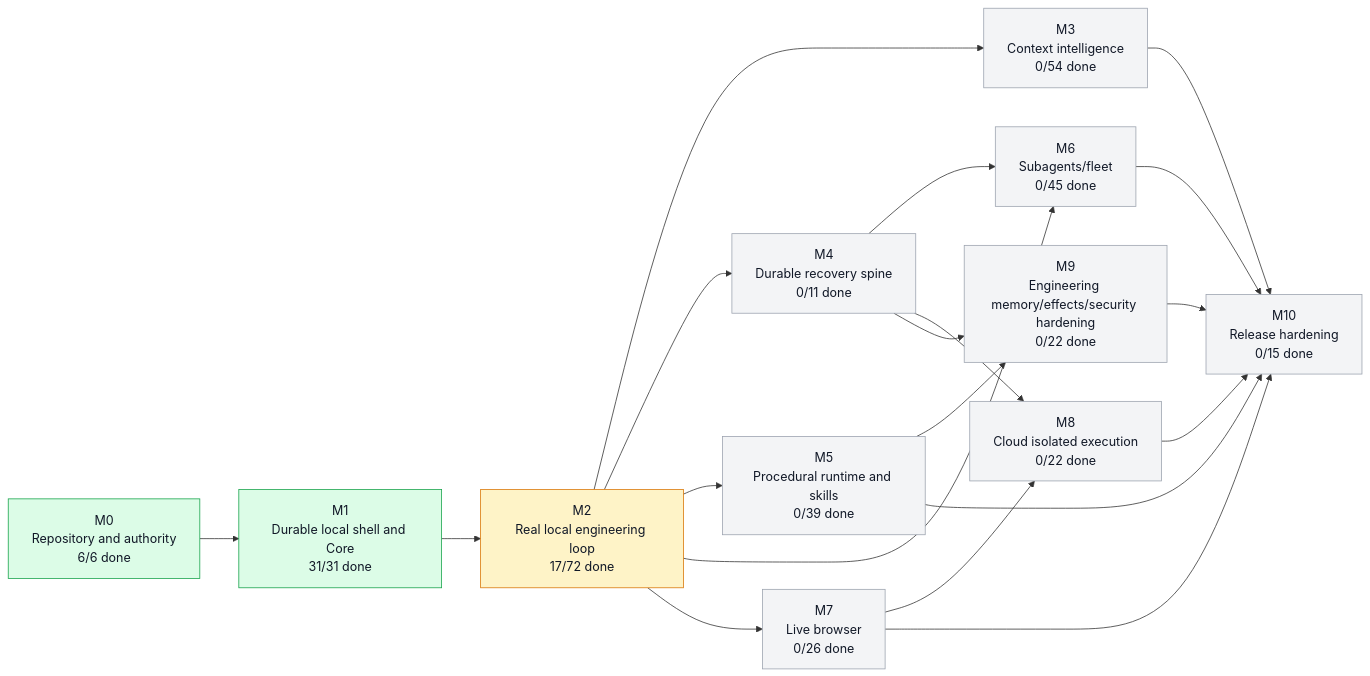
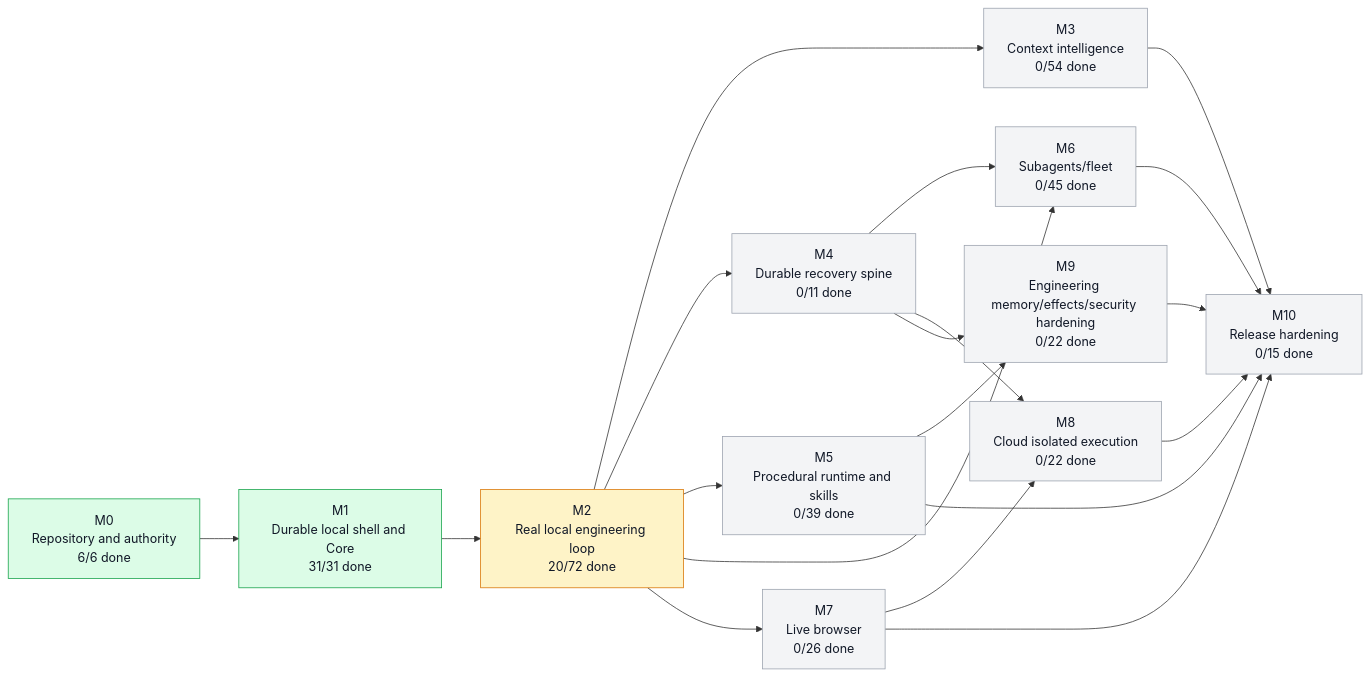
Before and after one commit to moss101/zmodbit: the first of 3 diagrams in graph/PROJECT_GRAPH.md, drawn with Mermaid. The commit also changed other lines of this file and 3 other files, not shown here.

````diff
--- a/graph/PROJECT_GRAPH.md
+++ b/graph/PROJECT_GRAPH.md
@@ -43,43 +43,43 @@
 ```mermaid
 flowchart LR
   M0["M0<br/>Repository and authority<br/>6/6 done"]
   M1["M1<br/>Durable local shell and Core<br/>31/31 done"]
-  M2["M2<br/>Real local engineering loop<br/>17/72 done"]
+  M2["M2<br/>Real local engineering loop<br/>20/72 done"]
   M3["M3<br/>Context intelligence<br/>0/54 done"]
   M4["M4<br/>Durable recovery spine<br/>0/11 done"]
   M5["M5<br/>Procedural runtime and skills<br/>0/39 done"]
   M6["M6<br/>Subagents/fleet<br/>0/45 done"]
   M7["M7<br/>Live browser<br/>0/26 done"]
   M8["M8<br/>Cloud isolated execution<br/>0/22 done"]
   M9["M9<br/>Engineering memory/effects/security hardening<br/>0/22 done"]
   M10["M10<br/>Release hardening<br/>0/15 done"]
   M0 --> M1
   M1 --> M2
   M2 --> M3
   M2 --> M4
   M2 --> M5
   M2 --> M6
   M4 --> M6
   M2 --> M7
   M4 --> M8
   M7 --> M8
   M4 --> M9
   M5 --> M9
   M3 --> M10
   M5 --> M10
   M6 --> M10
   M7 --> M10
   M8 --> M10
   M9 --> M10
   style M0 fill:#dcfce7,stroke:#16a34a,color:#111827
   style M1 fill:#dcfce7,stroke:#16a34a,color:#111827
   style M2 fill:#fef3c7,stroke:#d97706,color:#111827
   style M3 fill:#f3f4f6,stroke:#9ca3af,color:#111827
   style M4 fill:#f3f4f6,stroke:#9ca3af,color:#111827
   style M5 fill:#f3f4f6,stroke:#9ca3af,color:#111827
   style M6 fill:#f3f4f6,stroke:#9ca3af,color:#111827
   style M7 fill:#f3f4f6,stroke:#9ca3af,color:#111827
   style M8 fill:#f3f4f6,stroke:#9ca3af,color:#111827
   style M9 fill:#f3f4f6,stroke:#9ca3af,color:#111827
   style M10 fill:#f3f4f6,stroke:#9ca3af,color:#111827
 ```
````
